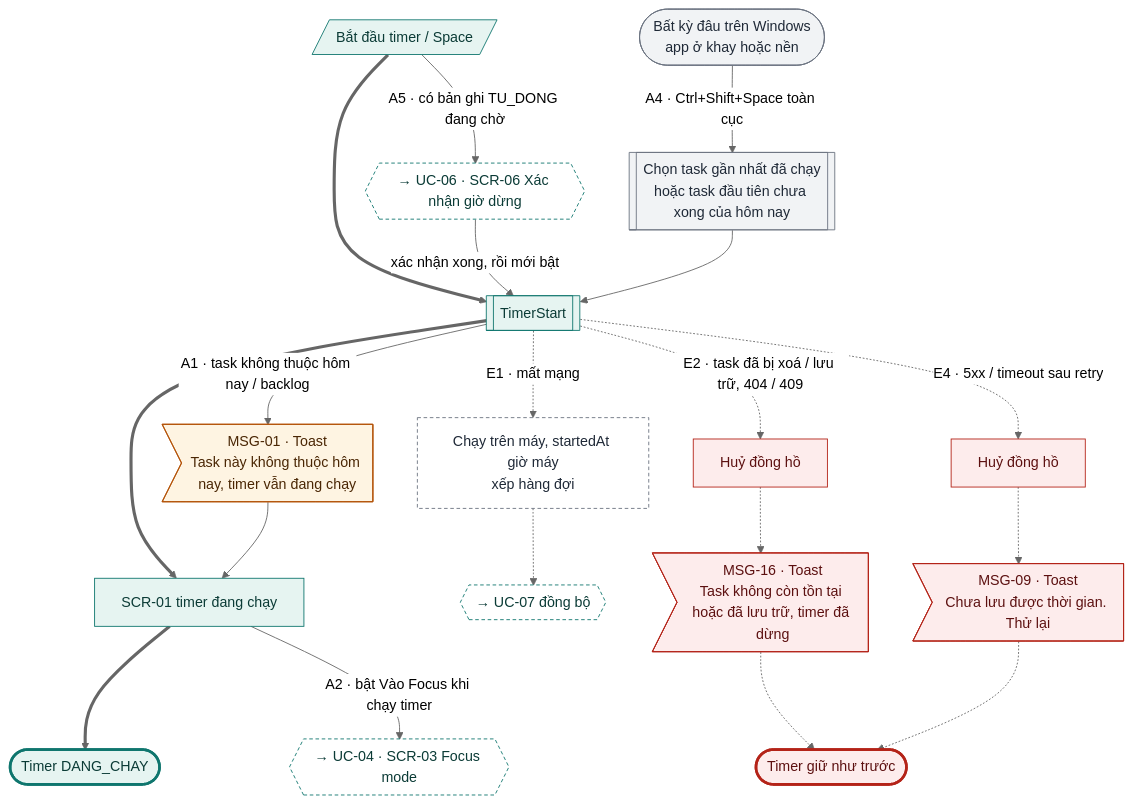
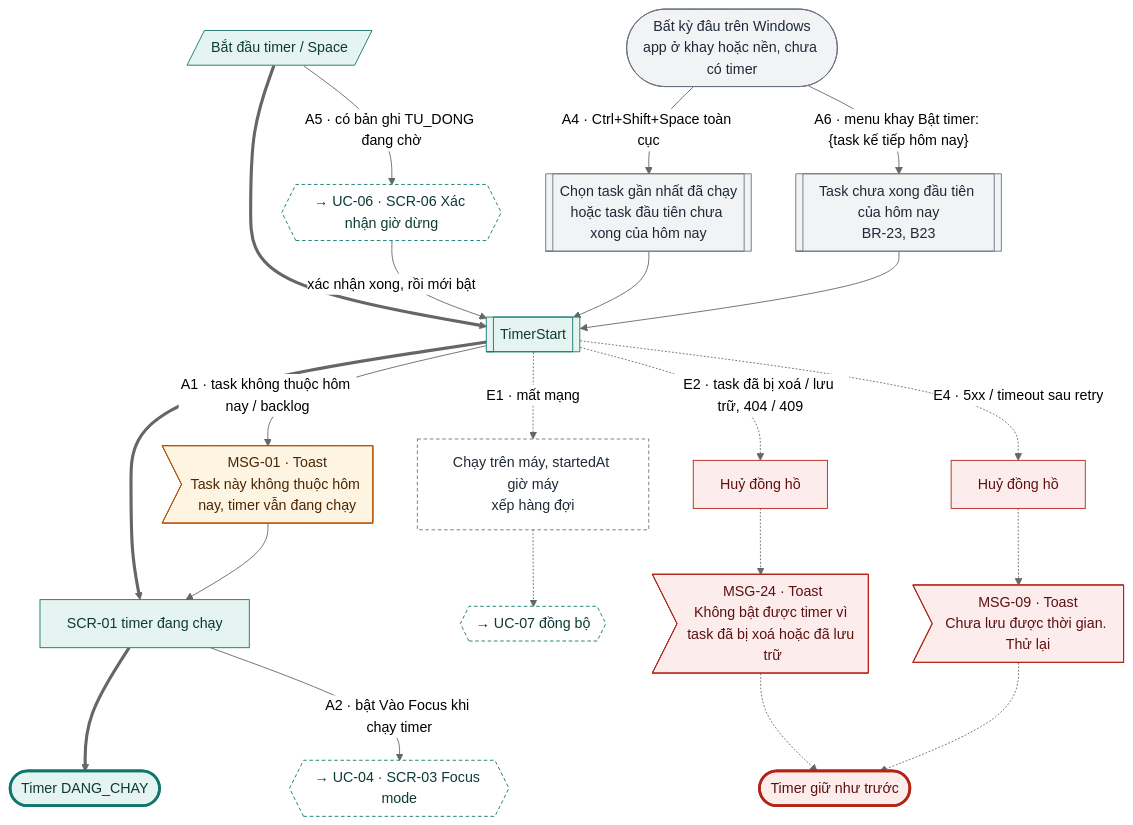
One commit to tannguyenho/personal-app changed the second of 12 diagrams in docs/design-brief/flow/g07-focus-timer.md. Above: the diagram before and after it, drawn with Mermaid (neutral theme). The commit also changed other lines of this file and 7 other files, not shown here.

First line of the commit message:
docs(G05, G07): áp quyết định PO 09/11 vào SRS, PRD, flow; QC-10, IA khay

````diff
--- a/docs/design-brief/flow/g07-focus-timer.md
+++ b/docs/design-brief/flow/g07-focus-timer.md
@@ -58,43 +58,45 @@
 ```mermaid
 flowchart TD
   u1[/"Bắt đầu timer / Space"/]
   p1[["TimerStart"]]
   s2["SCR-01 timer đang chạy"]
   ok(["Timer DANG_CHAY"])
   u1 ==> p1 ==> s2 ==> ok
 
   p1 -->|"A1 · task không thuộc hôm nay / backlog"| a1m>"MSG-01 · Toast<br/>Task này không thuộc hôm nay, timer vẫn đang chạy"]
   a1m --> s2
   s2 -->|"A2 · bật Vào Focus khi chạy timer"| a2x{{"→ UC-04 · SCR-03 Focus mode"}}
-  win(["Bất kỳ đâu trên Windows<br/>app ở khay hoặc nền"]) -->|"A4 · Ctrl+Shift+Space toàn cục"| a4[["Chọn task gần nhất đã chạy<br/>hoặc task đầu tiên chưa xong của hôm nay"]]
+  win(["Bất kỳ đâu trên Windows<br/>app ở khay hoặc nền, chưa có timer"]) -->|"A4 · Ctrl+Shift+Space toàn cục"| a4[["Chọn task gần nhất đã chạy<br/>hoặc task đầu tiên chưa xong của hôm nay"]]
   a4 --> p1
+  win -->|"A6 · menu khay Bật timer: {task kế tiếp hôm nay}"| a6[["Task chưa xong đầu tiên của hôm nay<br/>BR-23, B23"]]
+  a6 --> p1
   u1 -->|"A5 · có bản ghi TU_DONG đang chờ"| a5x{{"→ UC-06 · SCR-06 Xác nhận giờ dừng"}}
   a5x -->|"xác nhận xong, rồi mới bật"| p1
 
   p1 -.->|"E1 · mất mạng"| e1["Chạy trên máy, startedAt giờ máy<br/>xếp hàng đợi"]
   e1 -.-> e1x{{"→ UC-07 đồng bộ"}}
   p1 -.->|"E2 · task đã bị xoá / lưu trữ, 404 / 409"| e2["Huỷ đồng hồ"]
-  e2 -.-> e2m>"MSG-16 · Toast<br/>Task không còn tồn tại hoặc đã lưu trữ, timer đã dừng"]
+  e2 -.-> e2m>"MSG-24 · Toast<br/>Không bật được timer vì task đã bị xoá hoặc đã lưu trữ"]
   e2m -.-> fail(["Timer giữ như trước"])
   p1 -.->|"E4 · 5xx / timeout sau retry"| e4["Huỷ đồng hồ"]
   e4 -.-> e4m>"MSG-09 · Toast<br/>Chưa lưu được thời gian. Thử lại"]
   e4m -.-> fail
 
   class u1,p1,s2 happy
-  class win,a4 alt
+  class win,a4,a6 alt
   class a1m warn
   class a2x,a5x,e1x link
   class e1 sync
   class e2,e2m,e4,e4m err
   class ok done
   class fail fail
   classDef happy fill:#E6F4F1,stroke:#0F766E,color:#0B3B36
   classDef alt fill:#F1F3F5,stroke:#6B7280,color:#1F2937
   classDef err fill:#FDECEC,stroke:#B42318,color:#5C1010
   classDef warn fill:#FEF4E2,stroke:#B45309,color:#4A2604
   classDef ai fill:#F1ECFD,stroke:#6D28D9,color:#2E1065
   classDef sync fill:#FFFFFF,stroke:#6B7280,stroke-dasharray:4 3,color:#1F2937
   classDef link fill:#FFFFFF,stroke:#0F766E,stroke-dasharray:4 3,color:#0B3B36
   classDef done fill:#E6F4F1,stroke:#0F766E,stroke-width:3px,color:#0B3B36
   classDef fail fill:#FDECEC,stroke:#B42318,stroke-width:3px,color:#5C1010
 ```
````
